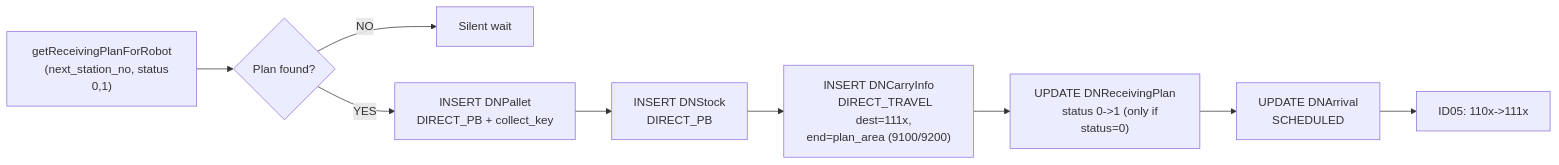
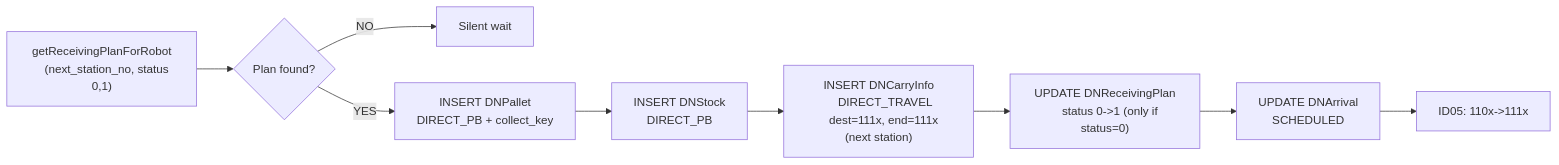
Before and after one commit to luthfiadityaa/SimeDarby-Wiki: the second of 14 diagrams in Basic-Design/DFD-WMS/Storage/Storage-Process.md, drawn with Mermaid. The commit also changed other lines of this file, not shown here.

```diff
--- a/Basic-Design/DFD-WMS/Storage/Storage-Process.md
+++ b/Basic-Design/DFD-WMS/Storage/Storage-Process.md
@@ -121,18 +121,18 @@
 ::: mermaid
 flowchart LR
     A["getReceivingPlanForRobot
     (next_station_no, status 0,1)"] --> B{Plan found?}
     B -->|NO| C[Silent wait]
     B -->|YES| E["INSERT DNPallet
     DIRECT_PB + collect_key"]
     E --> F["INSERT DNStock
     DIRECT_PB"]
     F --> G["INSERT DNCarryInfo
     DIRECT_TRAVEL
-    dest=111x, end=plan_area (9100/9200)"]
+    dest=111x, end=111x (next station)"]
     G --> H["UPDATE DNReceivingPlan
     status 0->1 (only if status=0)"]
     H --> I["UPDATE DNArrival
     SCHEDULED"]
     I --> J["ID05: 110x->111x"]
 :::
```
